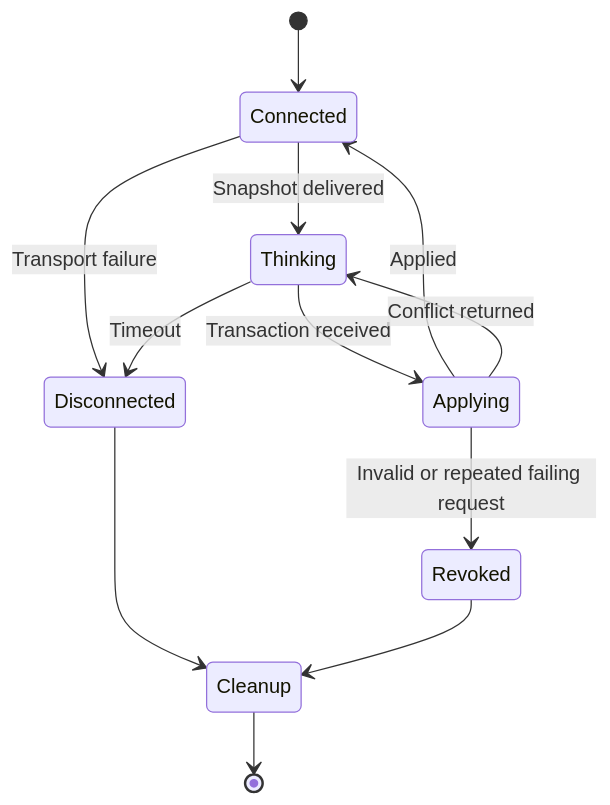
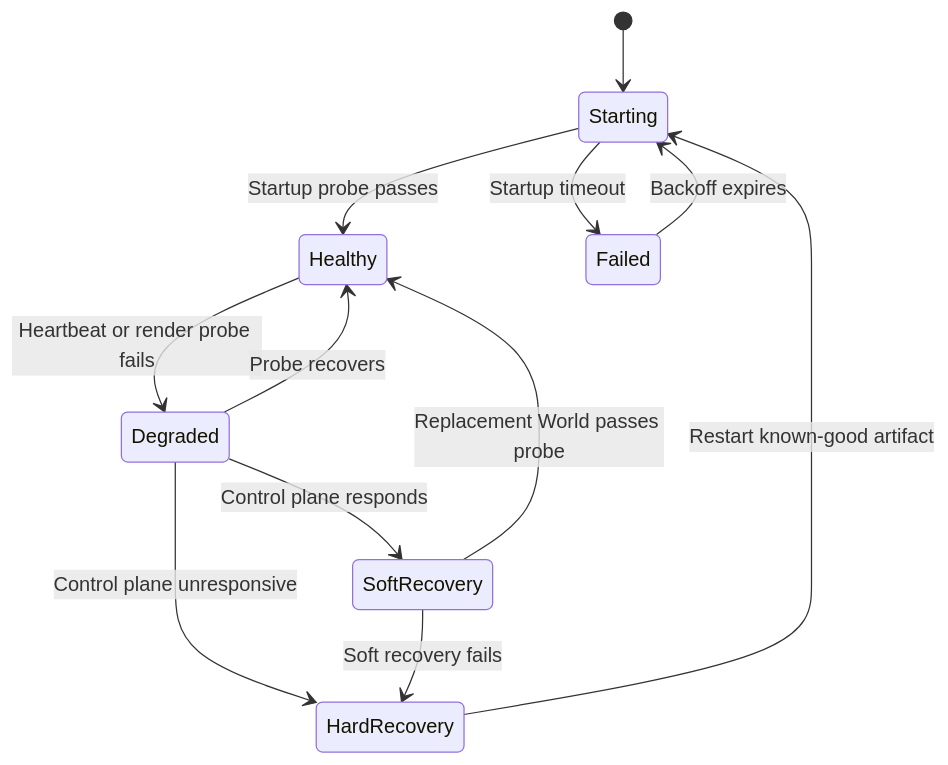
The eighth of 9 diagrams in docs/AGENT_INTEGRATION.md (SeungheonOh/ataxia), drawn with Mermaid before and after one commit. The commit also changed other lines of this file, not shown here.

Commit message:
docs: redesign agent control recovery

````diff
--- a/docs/AGENT_INTEGRATION.md
+++ b/docs/AGENT_INTEGRATION.md
@@ -395,14 +539,14 @@
 ```mermaid
 stateDiagram-v2
-    [*] --> Connected
-    Connected --> Thinking: Snapshot delivered
-    Thinking --> Applying: Transaction received
-    Applying --> Connected: Applied
-    Applying --> Thinking: Conflict returned
-    Connected --> Disconnected: Transport failure
-    Thinking --> Disconnected: Timeout
-    Applying --> Revoked: Invalid or repeated failing request
-    Disconnected --> Cleanup
-    Revoked --> Cleanup
-    Cleanup --> [*]
+    [*] --> Starting
+    Starting --> Healthy: Startup probe passes
+    Starting --> Failed: Startup timeout
+    Healthy --> Degraded: Heartbeat or render probe fails
+    Degraded --> Healthy: Probe recovers
+    Degraded --> SoftRecovery: Control plane responds
+    Degraded --> HardRecovery: Control plane unresponsive
+    SoftRecovery --> Healthy: Replacement World passes probe
+    SoftRecovery --> HardRecovery: Soft recovery fails
+    HardRecovery --> Starting: Restart known-good artifact
+    Failed --> Starting: Backoff expires
 ```
````
